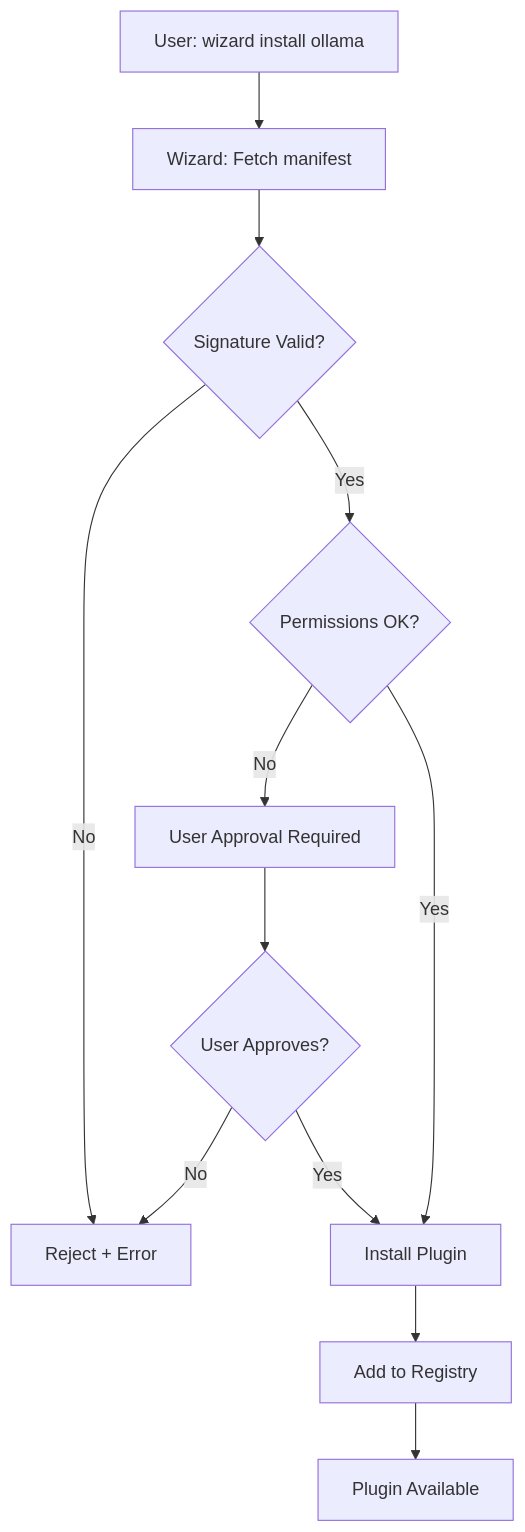
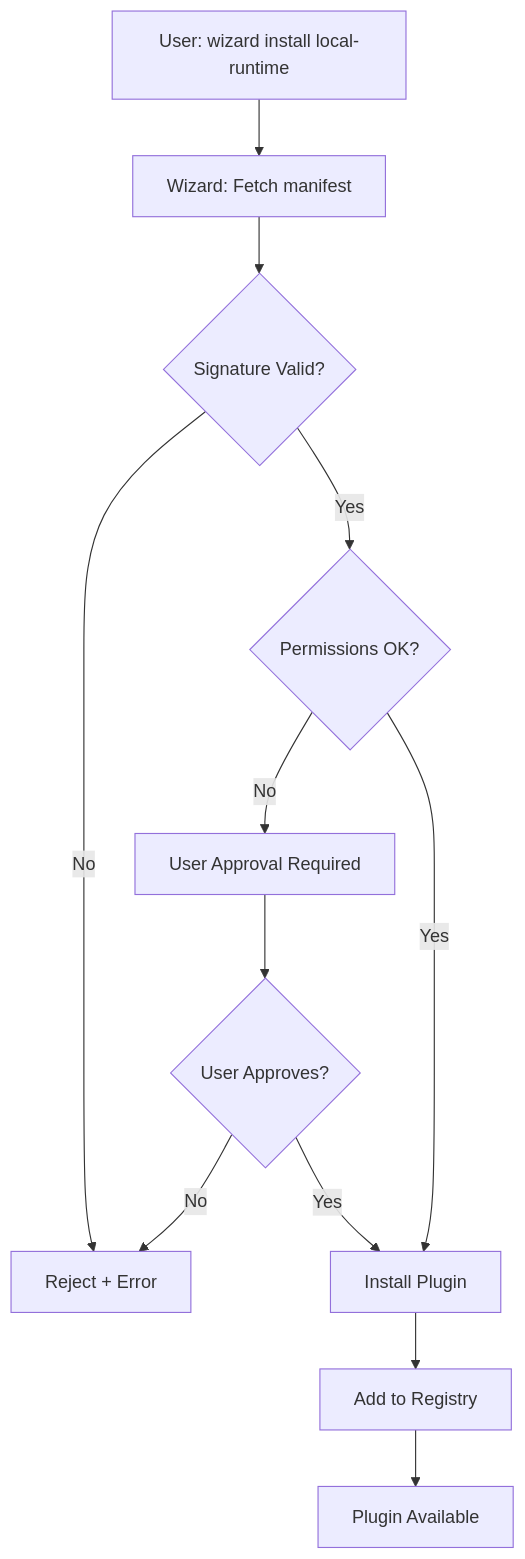
Before and after one commit to fredporter/uDOS: the diagram in docs/specs/PLUGIN-MANIFEST-SPEC.md, drawn with Mermaid. The commit also changed other lines of this file and 357 other files, not shown here.

````diff
--- a/docs/specs/PLUGIN-MANIFEST-SPEC.md
+++ b/docs/specs/PLUGIN-MANIFEST-SPEC.md
@@ -385,14 +385,14 @@
 ```mermaid
 graph TD
-    A[User: wizard install ollama] --> B[Wizard: Fetch manifest]
+    A[User: wizard install local-runtime] --> B[Wizard: Fetch manifest]
     B --> C{Signature Valid?}
     C -->|No| D[Reject + Error]
     C -->|Yes| E{Permissions OK?}
     E -->|No| F[User Approval Required]
     E -->|Yes| G[Install Plugin]
     F --> H{User Approves?}
     H -->|No| D
     H -->|Yes| G
     G --> I[Add to Registry]
     I --> J[Plugin Available]
 ```
````
